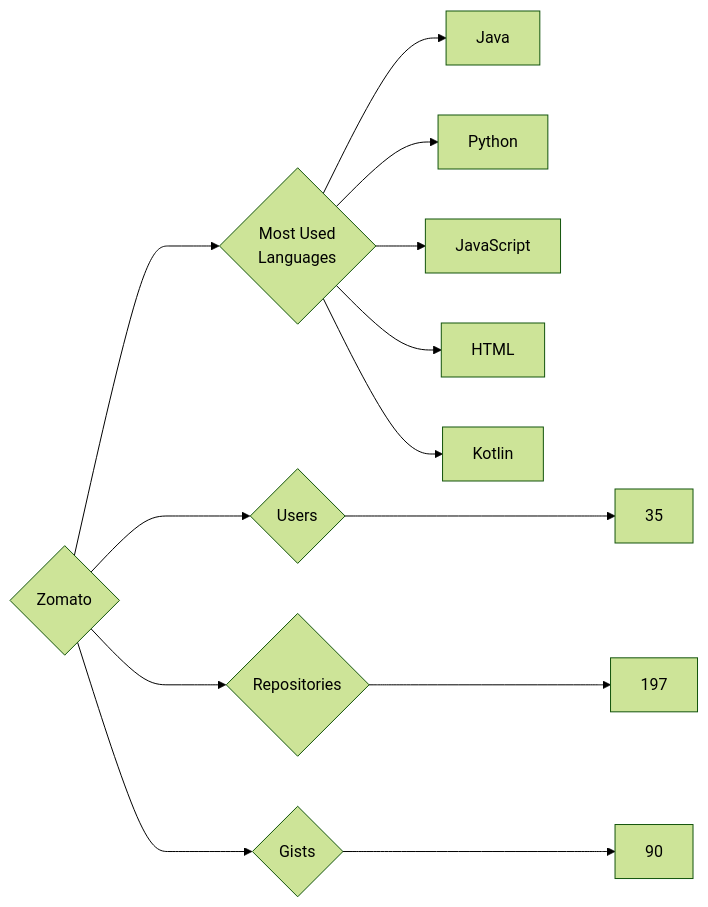
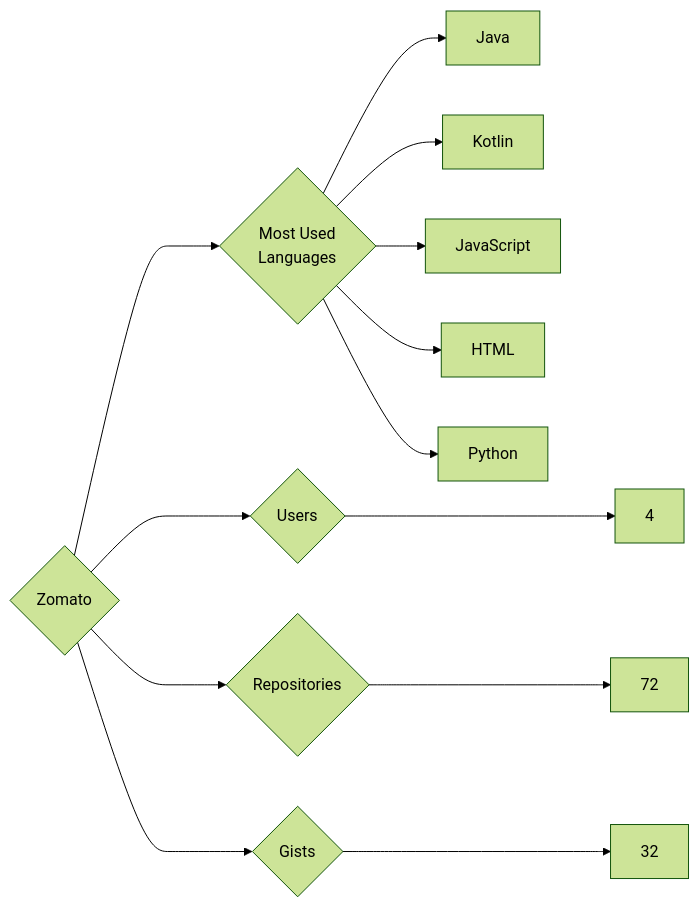
The diagram in targets/Zomato/README.md (trickest/insiders), drawn with Mermaid (forest theme) before and after one commit. The commit also changed 928 other files, not shown here.

````diff
--- a/targets/Zomato/README.md
+++ b/targets/Zomato/README.md
@@ -3,13 +3,13 @@
 ```mermaid
 graph LR
 COMPANY_NAME{Zomato}
-COMPANY_NAME ---> U{Users} ---> UN[35]
-COMPANY_NAME ---> R{Repositories} ---> RN[197]
-COMPANY_NAME ---> G{Gists} ---> GN[90]
+COMPANY_NAME ---> U{Users} ---> UN[4]
+COMPANY_NAME ---> R{Repositories} ---> RN[72]
+COMPANY_NAME ---> G{Gists} ---> GN[32]
 COMPANY_NAME ---> ML{Most Used<br>Languages}
 ML --> Java[Java]
-ML --> Python[Python]
+ML --> Kotlin[Kotlin]
 ML --> JavaScript[JavaScript]
 ML --> HTML[HTML]
-ML --> Kotlin[Kotlin]
+ML --> Python[Python]
 ```
````
